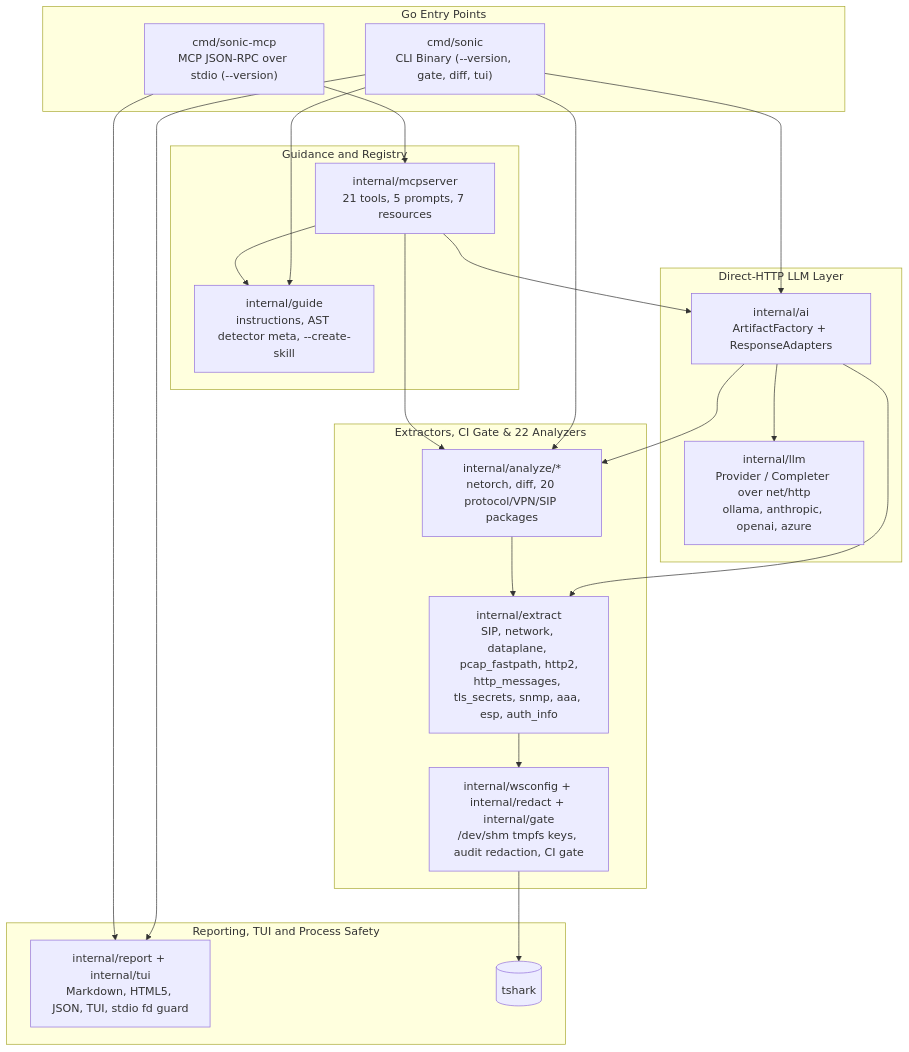
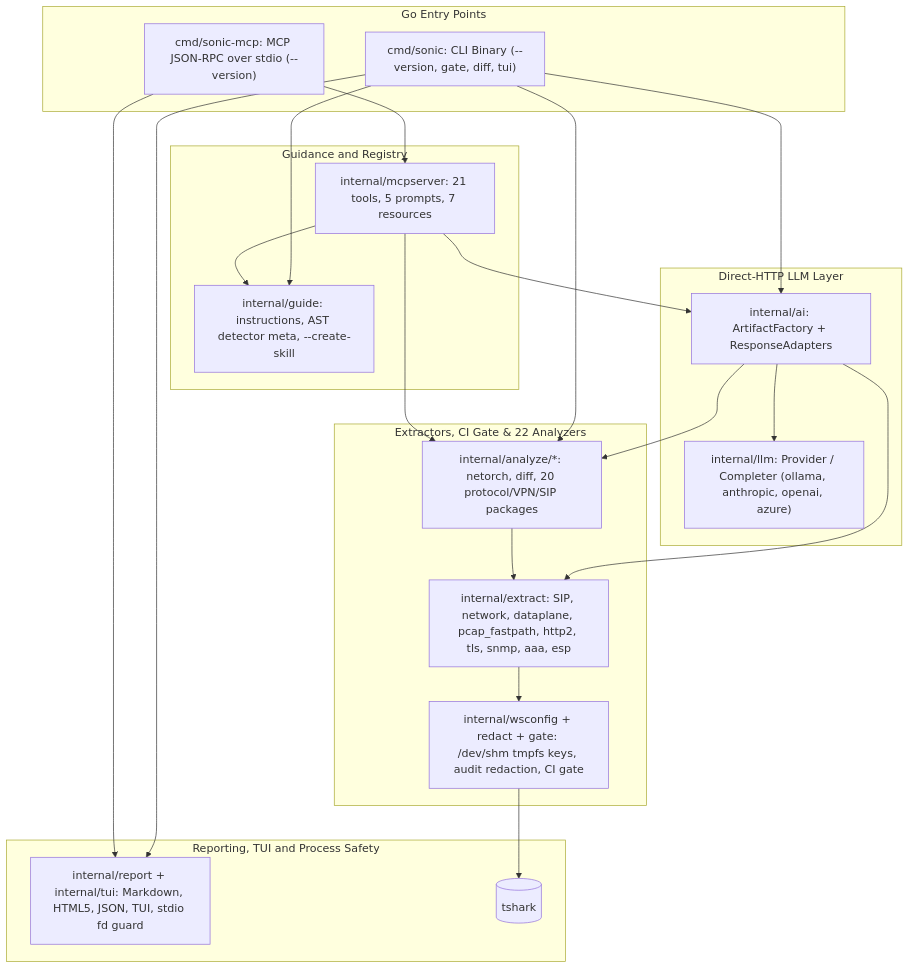
One commit to zombat/sonic changed the first of 5 diagrams in docs/ARCHITECTURE.md. Above: the diagram before and after it, drawn with Mermaid. The commit also changed 7 other files, not shown here.

````diff
--- a/docs/ARCHITECTURE.md
+++ b/docs/ARCHITECTURE.md
@@ -9,34 +9,34 @@
 ```mermaid
 flowchart TB
     subgraph Entry["Go Entry Points"]
-        CLI["cmd/sonic<br/>CLI Binary (--version, gate, diff, tui)"]
-        MCP["cmd/sonic-mcp<br/>MCP JSON-RPC over stdio (--version)"]
+        CLI["cmd/sonic: CLI Binary (--version, gate, diff, tui)"]
+        MCP["cmd/sonic-mcp: MCP JSON-RPC over stdio (--version)"]
     end
 
     subgraph Guide["Guidance and Registry"]
-        MCPSRV["internal/mcpserver<br/>21 tools, 5 prompts, 7 resources"]
-        GUIDE["internal/guide<br/>instructions, AST detector meta, --create-skill"]
+        MCPSRV["internal/mcpserver: 21 tools, 5 prompts, 7 resources"]
+        GUIDE["internal/guide: instructions, AST detector meta, --create-skill"]
     end
 
     subgraph AI["Direct-HTTP LLM Layer"]
-        ORCH["internal/ai<br/>ArtifactFactory + ResponseAdapters"]
-        LLM["internal/llm<br/>Provider / Completer over net/http<br/>ollama, anthropic, openai, azure"]
+        ORCH["internal/ai: ArtifactFactory + ResponseAdapters"]
+        LLM["internal/llm: Provider / Completer (ollama, anthropic, openai, azure)"]
     end
 
     subgraph Core["Extractors, CI Gate & 22 Analyzers"]
-        EXT["internal/extract<br/>SIP, network, dataplane, pcap_fastpath, http2,<br/>http_messages, tls_secrets, snmp, aaa, esp, auth_info"]
-        ANA["internal/analyze/*<br/>netorch, diff, 20 protocol/VPN/SIP packages"]
-        SEC["internal/wsconfig + internal/redact + internal/gate<br/>/dev/shm tmpfs keys, audit redaction, CI gate"]
+        EXT["internal/extract: SIP, network, dataplane, pcap_fastpath, http2, tls, snmp, aaa, esp"]
+        ANA["internal/analyze/*: netorch, diff, 20 protocol/VPN/SIP packages"]
+        SEC["internal/wsconfig + redact + gate: /dev/shm tmpfs keys, audit redaction, CI gate"]
     end
 
     subgraph Report["Reporting, TUI and Process Safety"]
-        REP["internal/report + internal/tui<br/>Markdown, HTML5, JSON, TUI, stdio fd guard"]
+        REP["internal/report + internal/tui: Markdown, HTML5, JSON, TUI, stdio fd guard"]
         TSH[("tshark")]
     end
 
     CLI --> ANA & ORCH & GUIDE & REP
     MCP --> MCPSRV --> GUIDE & ANA & ORCH
     ORCH --> EXT & ANA & LLM
     ANA --> EXT --> SEC --> TSH
     MCP --> REP
 ```
````
